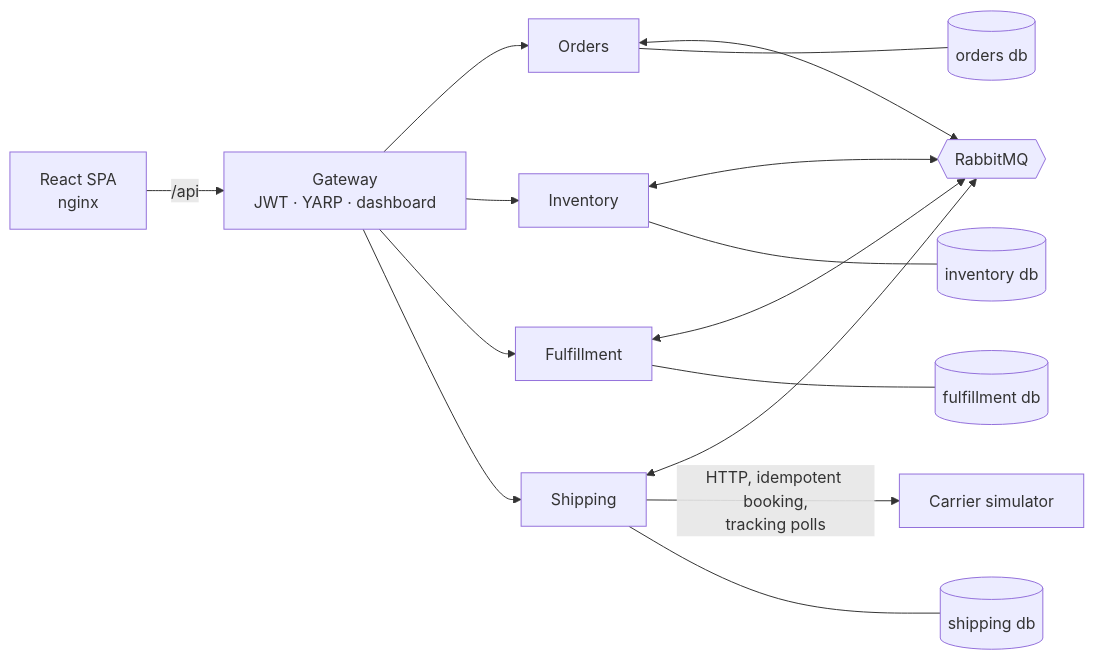
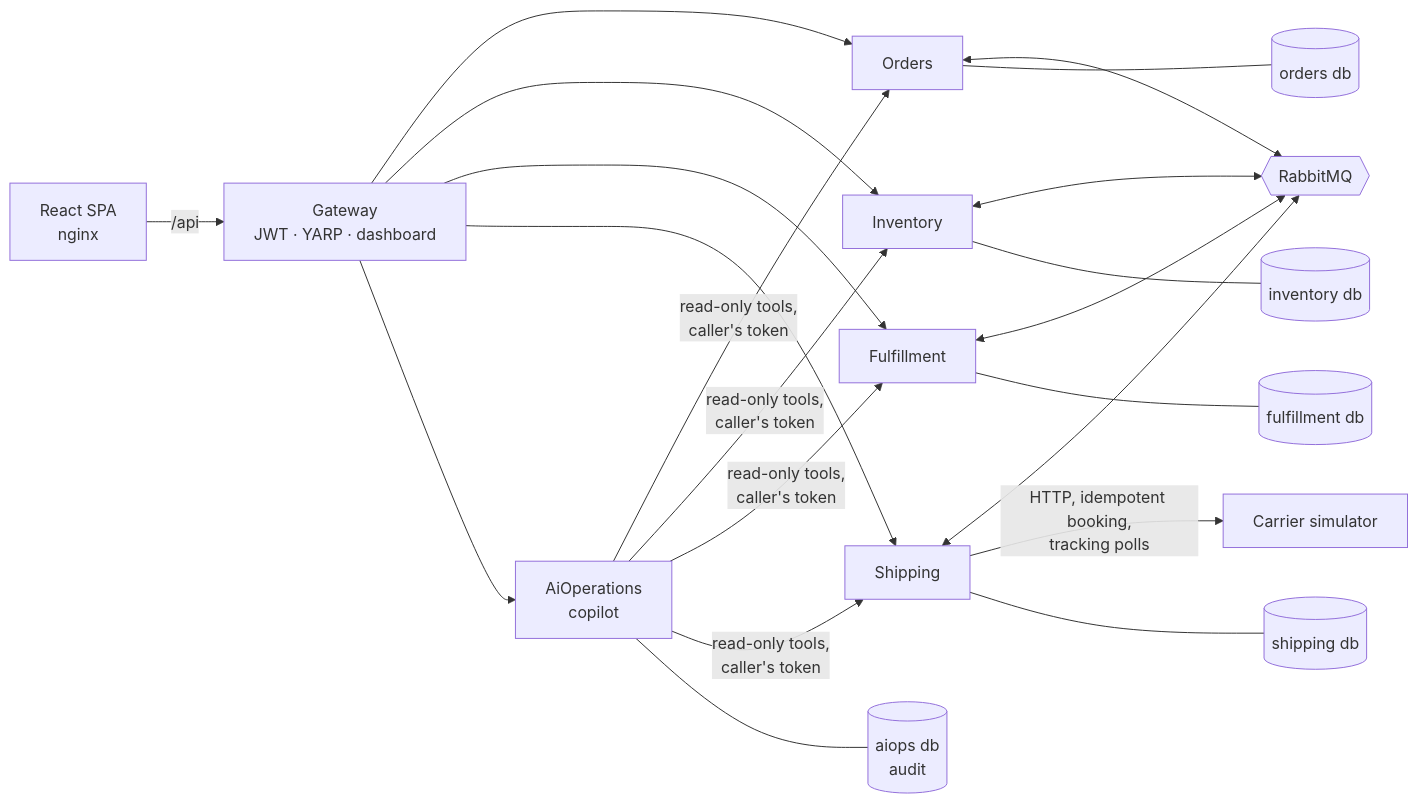
Before and after one commit to pablofreire/LogistiFlowAI: the diagram in README.md, drawn with Mermaid. The commit also changed other lines of this file and 27 other files, not shown here.

Commit message:
docs: phase 4 status, spec evidence, architecture and requirements mapping

````diff
--- a/README.md
+++ b/README.md
@@ -21,14 +22,17 @@
 ```mermaid
 flowchart LR
     web[React SPA<br/>nginx] -->|/api| gw[Gateway<br/>JWT · YARP · dashboard]
     gw --> orders[Orders] & inventory[Inventory] & fulfillment[Fulfillment] & shipping[Shipping]
+    gw --> ai[AiOperations<br/>copilot]
+    ai -->|read-only tools,<br/>caller's token| orders & inventory & fulfillment & shipping
     orders <--> mq{{RabbitMQ}}
     inventory <--> mq
     fulfillment <--> mq
     shipping <--> mq
     shipping -->|HTTP, idempotent booking,<br/>tracking polls| carrier[Carrier simulator]
     orders --- odb[(orders db)]
     inventory --- idb[(inventory db)]
     fulfillment --- fdb[(fulfillment db)]
     shipping --- sdb[(shipping db)]
+    ai --- adb[(aiops db<br/>audit)]
 ```
````
